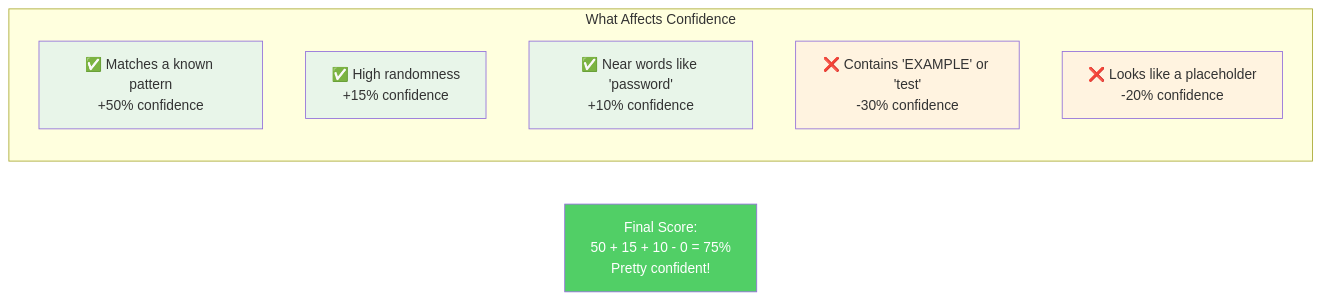
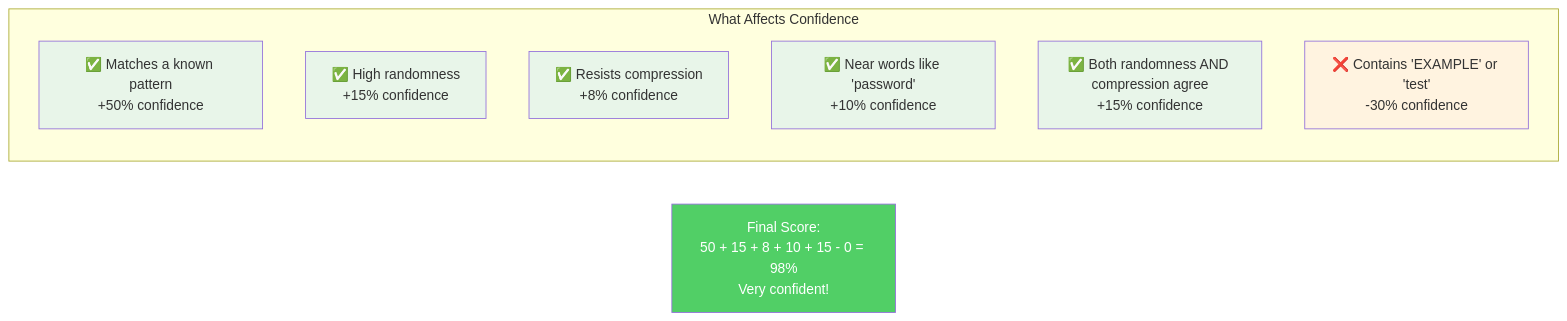
The seventh of 22 diagrams in docs/training/00-System-Design-Simple-Overview.md (svemulapati/CredVigil), drawn with Mermaid before and after one commit. The commit also changed other lines of this file and 8 other files, not shown here.

````diff
--- a/docs/training/00-System-Design-Simple-Overview.md
+++ b/docs/training/00-System-Design-Simple-Overview.md
@@ -166,19 +197,21 @@
 ```mermaid
 flowchart LR
     subgraph FACTORS["What Affects Confidence"]
         F1["✅ Matches a known pattern\n+50% confidence"]
         F2["✅ High randomness\n+15% confidence"]
-        F3["✅ Near words like 'password'\n+10% confidence"]
-        F4["❌ Contains 'EXAMPLE' or 'test'\n-30% confidence"]
-        F5["❌ Looks like a placeholder\n-20% confidence"]
+        F3["✅ Resists compression\n+8% confidence"]
+        F4["✅ Near words like 'password'\n+10% confidence"]
+        F5["✅ Both randomness AND compression agree\n+15% confidence"]
+        F6["❌ Contains 'EXAMPLE' or 'test'\n-30% confidence"]
     end
 
-    RESULT["Final Score:\n50 + 15 + 10 - 0 = 75%\nPretty confident!"]
+    RESULT["Final Score:\n50 + 15 + 8 + 10 + 15 - 0 = 98%\nVery confident!"]
 
     style F1 fill:#e8f5e9
     style F2 fill:#e8f5e9
     style F3 fill:#e8f5e9
-    style F4 fill:#fff3e0
-    style F5 fill:#fff3e0
+    style F4 fill:#e8f5e9
+    style F5 fill:#e8f5e9
+    style F6 fill:#fff3e0
     style RESULT fill:#51cf66,color:white
 ```
````
